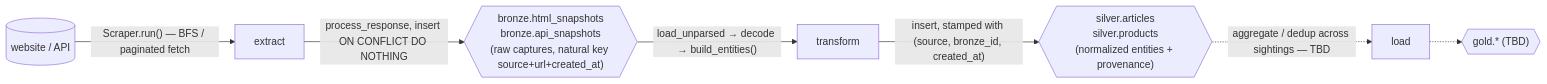
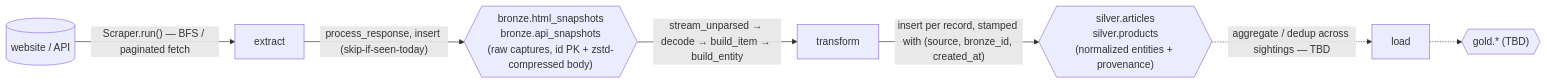
Before and after one commit to quanturtle/galactus: the second of 3 diagrams in README.md, drawn with Mermaid. The commit also changed other lines of this file, not shown here.

````diff
--- a/README.md
+++ b/README.md
@@ -175,9 +183,9 @@
 ```mermaid
 flowchart LR
     SRC[("website / API")] -->|"Scraper.run() — BFS / paginated fetch"| EX[extract]
-    EX -->|"process_response, insert ON CONFLICT DO NOTHING"| BR{{"bronze.html_snapshots<br/>bronze.api_snapshots<br/>(raw captures, natural key source+url+created_at)"}}
-    BR -->|"load_unparsed → decode → build_entities()"| TR[transform]
-    TR -->|"insert, stamped with (source, bronze_id, created_at)"| SV{{"silver.articles<br/>silver.products<br/>(normalized entities + provenance)"}}
+    EX -->|"process_response, insert (skip-if-seen-today)"| BR{{"bronze.html_snapshots<br/>bronze.api_snapshots<br/>(raw captures, id PK + zstd-compressed body)"}}
+    BR -->|"stream_unparsed → decode → build_item → build_entity"| TR[transform]
+    TR -->|"insert per record, stamped with (source, bronze_id, created_at)"| SV{{"silver.articles<br/>silver.products<br/>(normalized entities + provenance)"}}
     SV -.->|"aggregate / dedup across sightings — TBD"| LD[load]
     LD -.-> GD{{"gold.* (TBD)"}}
 ```
````
